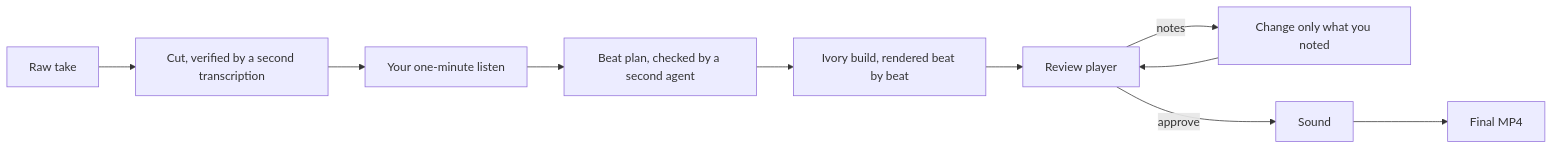
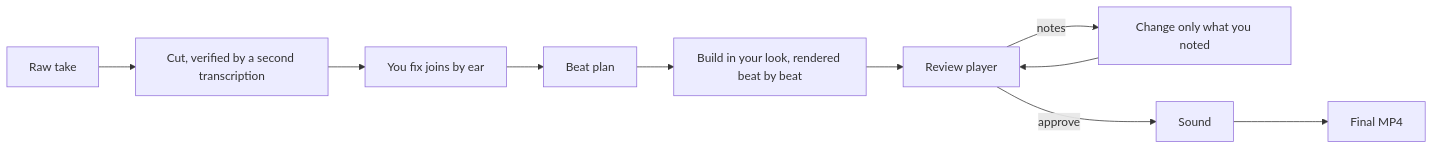
One commit to ctskool/claude-edit changed the diagram in README.md. Above: the diagram before and after it, drawn with Mermaid. The commit also changed other lines of this file and 2 other files, not shown here.

Commit message:
README: a new banner showing one take in five looks, a looks section and a long-form section

````diff
--- a/README.md
+++ b/README.md
@@ -202,11 +242,11 @@
 ```mermaid
 flowchart LR
   raw["Raw take"] --> cut["Cut, verified by a second transcription"]
-  cut --> listen["Your one-minute listen"]
-  listen --> plan["Beat plan, checked by a second agent"]
-  plan --> build["Ivory build, rendered beat by beat"]
+  cut --> listen["You fix joins by ear"]
+  listen --> plan["Beat plan"]
+  plan --> build["Build in your look, rendered beat by beat"]
   build --> player["Review player"]
   player -->|"notes"| round["Change only what you noted"]
   round --> player
   player -->|"approve"| sound["Sound"] --> final["Final MP4"]
 ```
````
